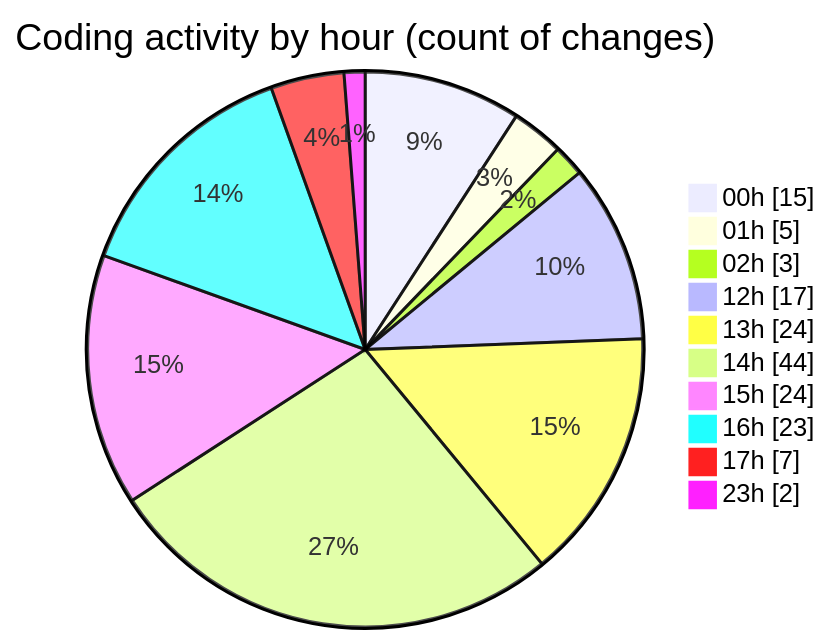
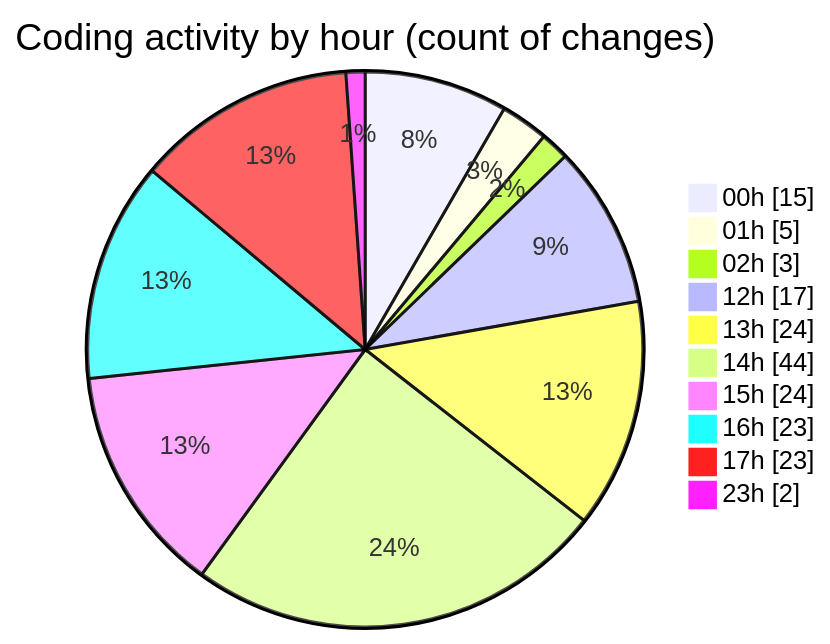
One commit to lephambinh05/code-tracking changed the second of 2 diagrams in 2025-08-13/rentotp/README.md. Above: the diagram before and after it, drawn with Mermaid. The commit also changed other lines of this file and 1 other file, not shown here.

````diff
--- a/2025-08-13/rentotp/README.md
+++ b/2025-08-13/rentotp/README.md
@@ -53,14 +57,14 @@
 ```mermaid
 pie showData
 title Coding activity by hour (count of changes)
 "00h" : 15
 "01h" : 5
 "02h" : 3
 "12h" : 17
 "13h" : 24
 "14h" : 44
 "15h" : 24
 "16h" : 23
-"17h" : 7
+"17h" : 23
 "23h" : 2
 ```
````
